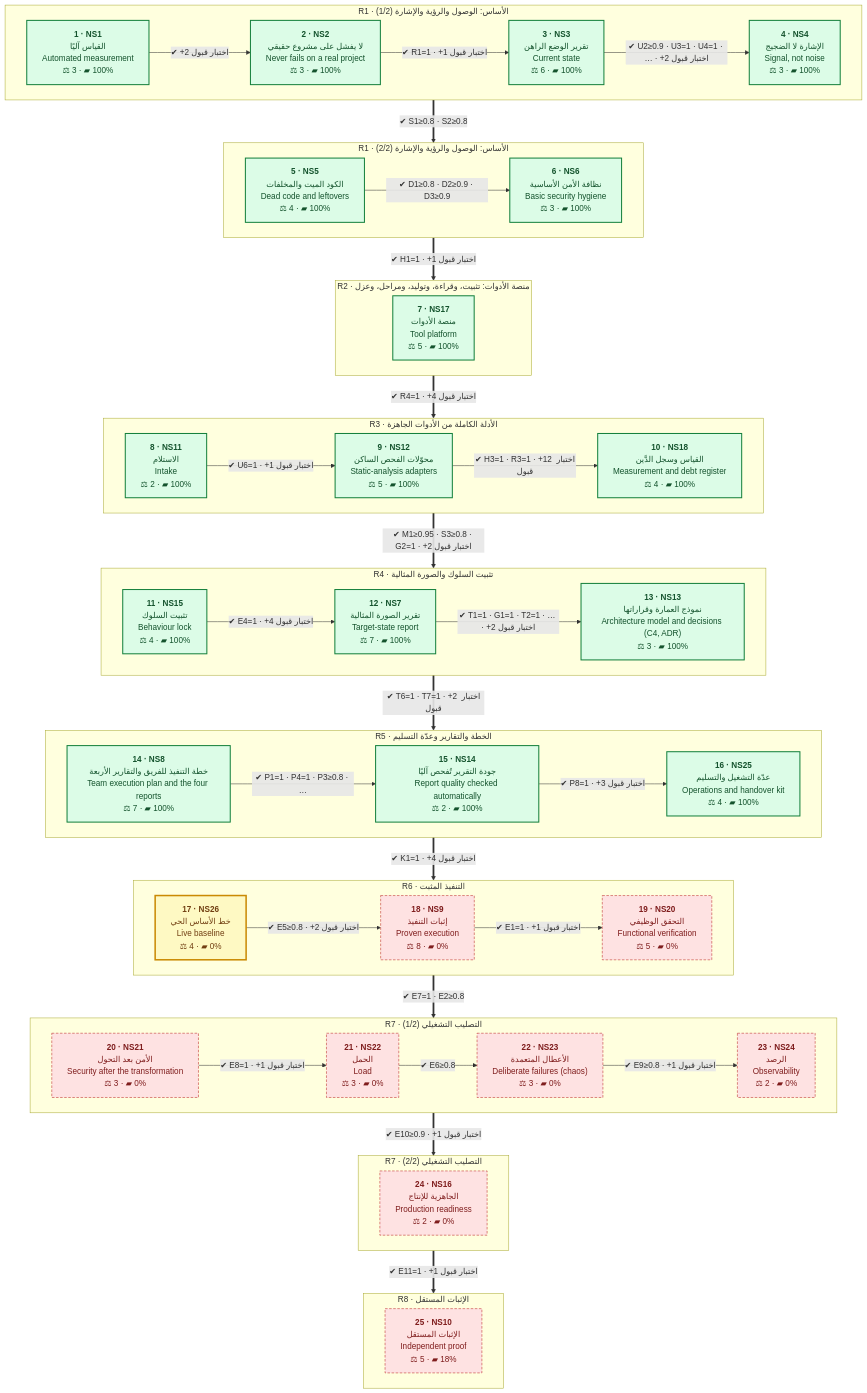
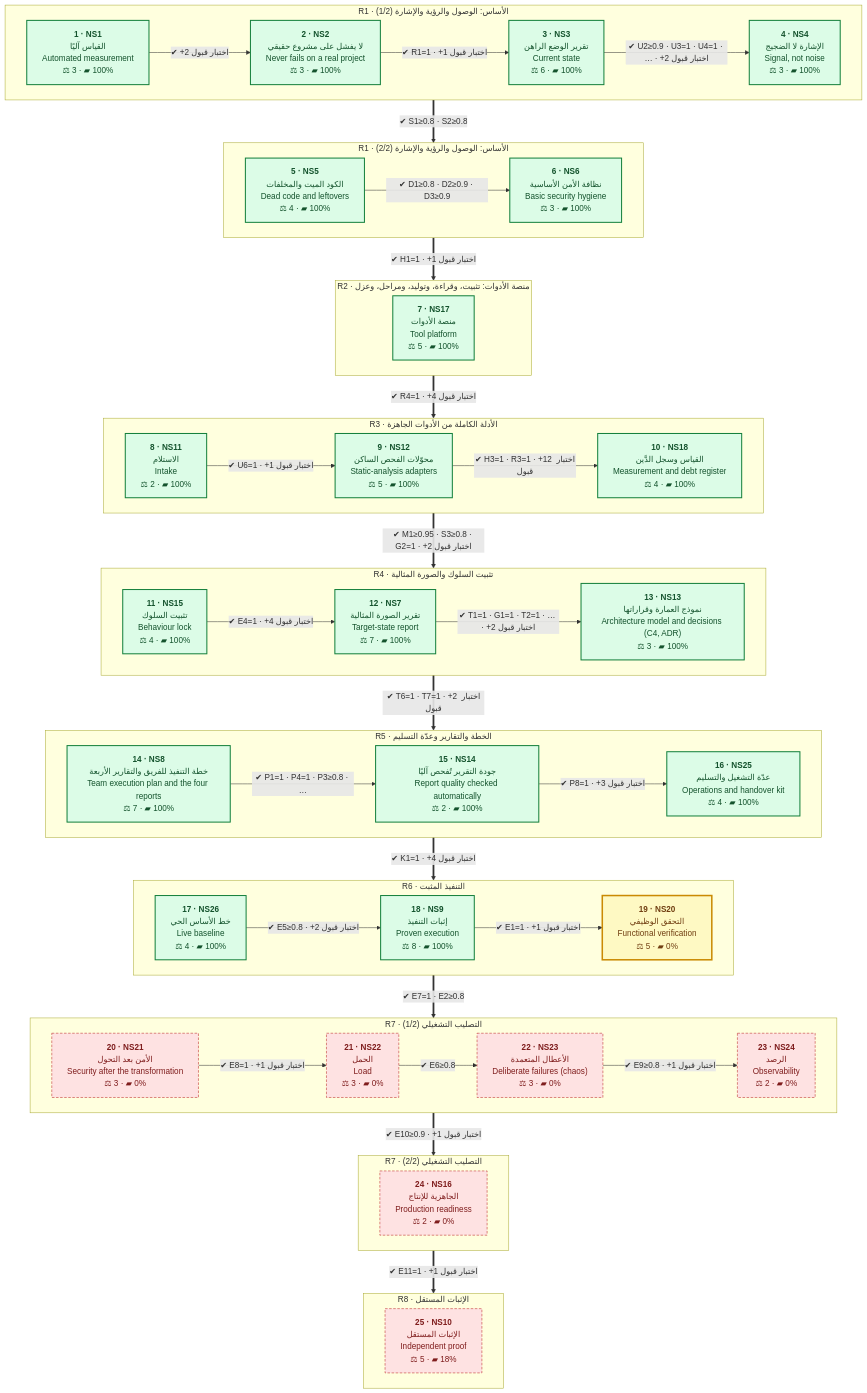
Before and after one commit to eom1417/engineering-audit-os: the second of 2 diagrams in README.md, drawn with Mermaid. The commit also changed other lines of this file and 7 other files, not shown here.

```diff
--- a/README.md
+++ b/README.md
@@ -263,9 +263,9 @@
     end
     subgraph R6_1["R6 · التنفيذ المثبت"]
         direction LR
-        NS26["<b>17 · NS26</b><br/>خط الأساس الحي<br/>Live baseline<br/>⚖ 4 · ▰ 0%"]:::current
-        NS9["<b>18 · NS9</b><br/>إثبات التنفيذ<br/>Proven execution<br/>⚖ 8 · ▰ 0%"]:::owner
-        NS20["<b>19 · NS20</b><br/>التحقق الوظيفي<br/>Functional verification<br/>⚖ 5 · ▰ 0%"]:::owner
+        NS26["<b>17 · NS26</b><br/>خط الأساس الحي<br/>Live baseline<br/>⚖ 4 · ▰ 100%"]:::done
+        NS9["<b>18 · NS9</b><br/>إثبات التنفيذ<br/>Proven execution<br/>⚖ 8 · ▰ 100%"]:::done
+        NS20["<b>19 · NS20</b><br/>التحقق الوظيفي<br/>Functional verification<br/>⚖ 5 · ▰ 0%"]:::current
         NS26 -->|"✔ E5≥0.8 · +2 اختبار قبول"| NS9
         NS9 -->|"✔ E1=1 · +1 اختبار قبول"| NS20
     end
```
